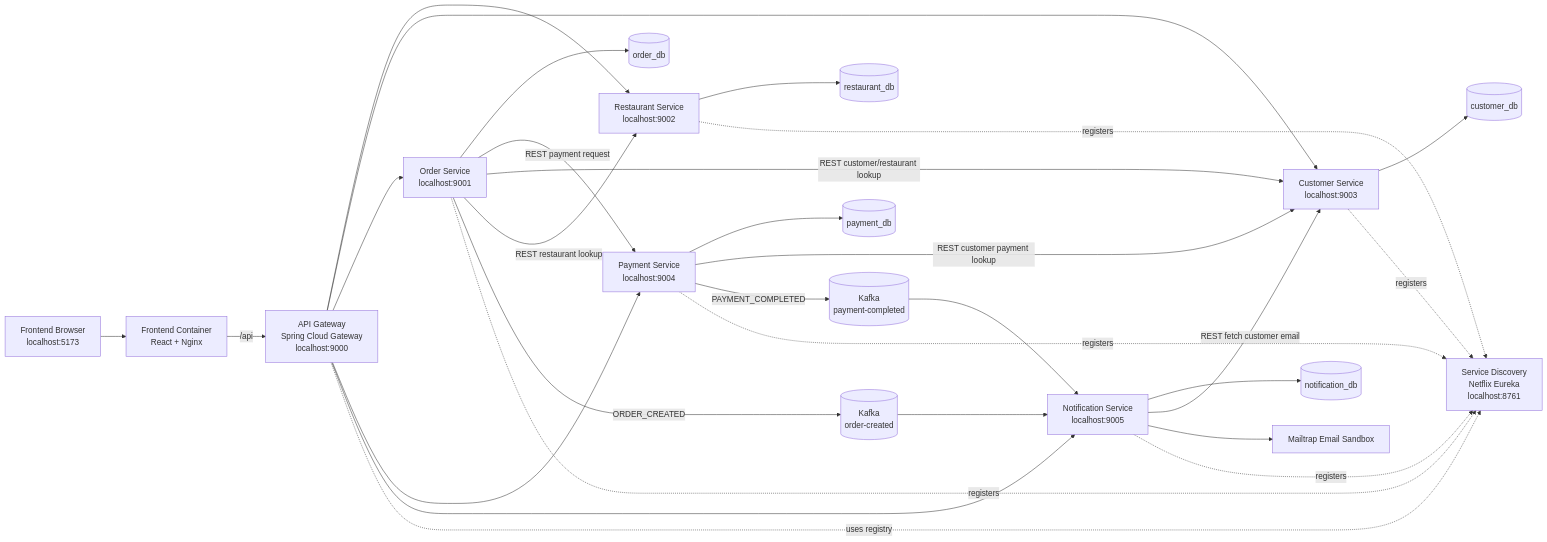
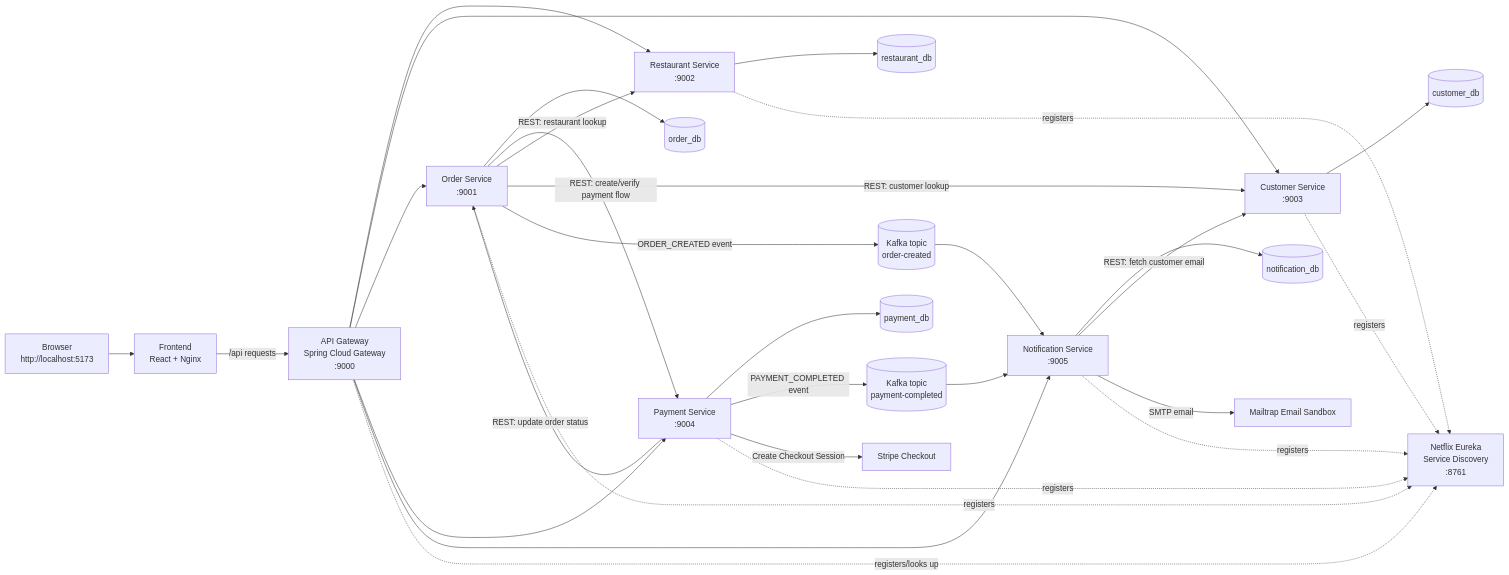
Before and after one commit to MalshaPramodi/online-food-delivery-system-microservices: the diagram in README.md, drawn with Mermaid. The commit also changed other lines of this file and 1 other file, not shown here.

````diff
--- a/README.md
+++ b/README.md
@@ -26,35 +42,38 @@
 ```mermaid
 flowchart LR
-    Browser[Frontend Browser\nlocalhost:5173] --> Frontend[Frontend Container\nReact + Nginx]
-    Frontend -->|/api| Gateway[API Gateway\nSpring Cloud Gateway\nlocalhost:9000]
-    Gateway --> Restaurant[Restaurant Service\nlocalhost:9002]
-    Gateway --> Customer[Customer Service\nlocalhost:9003]
-    Gateway --> Order[Order Service\nlocalhost:9001]
-    Gateway --> Payment[Payment Service\nlocalhost:9004]
-    Gateway --> Notification[Notification Service\nlocalhost:9005]
+    Browser[Browser\nhttp://localhost:5173] --> Frontend[Frontend\nReact + Nginx]
+    Frontend -->|/api requests| Gateway[API Gateway\nSpring Cloud Gateway\n:9000]
+
+    Gateway --> Restaurant[Restaurant Service\n:9002]
+    Gateway --> Customer[Customer Service\n:9003]
+    Gateway --> Order[Order Service\n:9001]
+    Gateway --> Payment[Payment Service\n:9004]
+    Gateway --> Notification[Notification Service\n:9005]
 
     Restaurant --> RestaurantDb[(restaurant_db)]
     Customer --> CustomerDb[(customer_db)]
     Order --> OrderDb[(order_db)]
     Payment --> PaymentDb[(payment_db)]
     Notification --> NotificationDb[(notification_db)]
 
-    Order -->|REST payment request| Payment
-    Order -->|REST customer/restaurant lookup| Customer
-    Order -->|REST restaurant lookup| Restaurant
-    Payment -->|REST customer payment lookup| Customer
-    Notification -->|REST fetch customer email| Customer
+    Order -->|REST: create/verify payment flow| Payment
+    Order -->|REST: restaurant lookup| Restaurant
+    Order -->|REST: customer lookup| Customer
+    Payment -->|REST: update order status| Order
+    Notification -->|REST: fetch customer email| Customer
 
-    Order -->|ORDER_CREATED| Kafka[(Kafka\norder-created)]
-    Payment -->|PAYMENT_COMPLETED| Kafka2[(Kafka\npayment-completed)]
-    Kafka --> Notification
-    Kafka2 --> Notification
-    Notification --> Mailtrap[Mailtrap Email Sandbox]
+    Order -->|ORDER_CREATED event| KafkaOrder[(Kafka topic\norder-created)]
+    Payment -->|PAYMENT_COMPLETED event| KafkaPayment[(Kafka topic\npayment-completed)]
+    KafkaOrder --> Notification
+    KafkaPayment --> Notification
 
-    Restaurant -.registers.-> Eureka[Service Discovery\nNetflix Eureka\nlocalhost:8761]
-    Customer -.registers.-> Eureka
-    Order -.registers.-> Eureka
-    Payment -.registers.-> Eureka
-    Notification -.registers.-> Eureka
-    Gateway -.uses registry.-> Eureka
+    Payment -->|Create Checkout Session| Stripe[Stripe Checkout]
+    Notification -->|SMTP email| Mailtrap[Mailtrap Email Sandbox]
+
+    Gateway -. registers/looks up .-> Eureka[Netflix Eureka\nService Discovery\n:8761]
+    Restaurant -. registers .-> Eureka
+    Customer -. registers .-> Eureka
+    Order -. registers .-> Eureka
+    Payment -. registers .-> Eureka
+    Notification -. registers .-> Eureka
 ```
````
